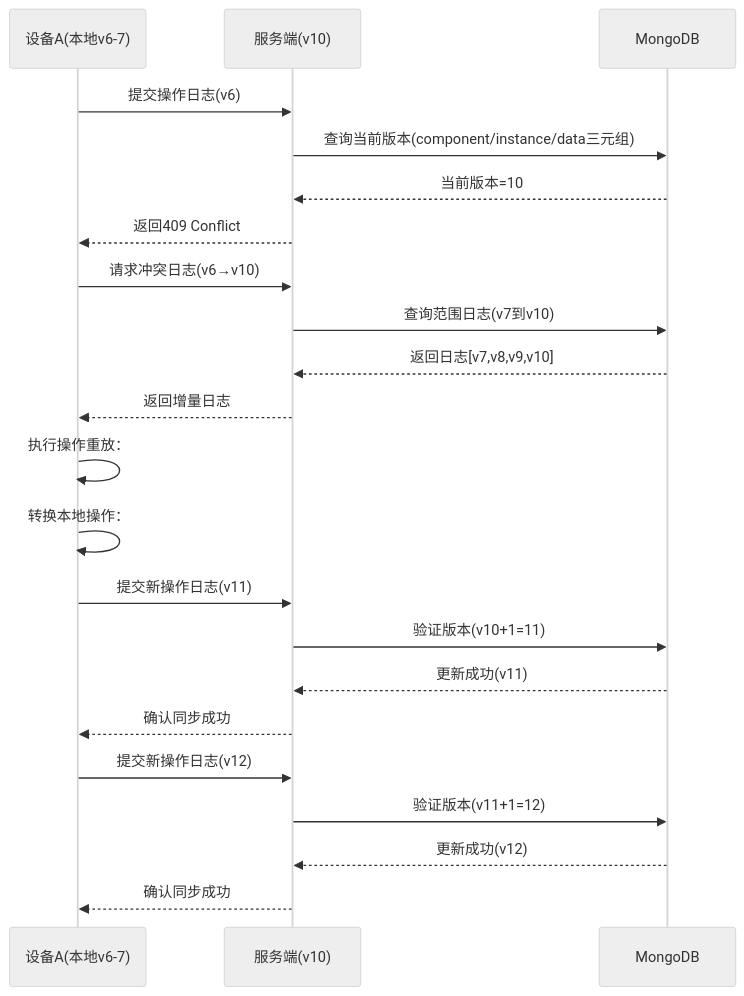
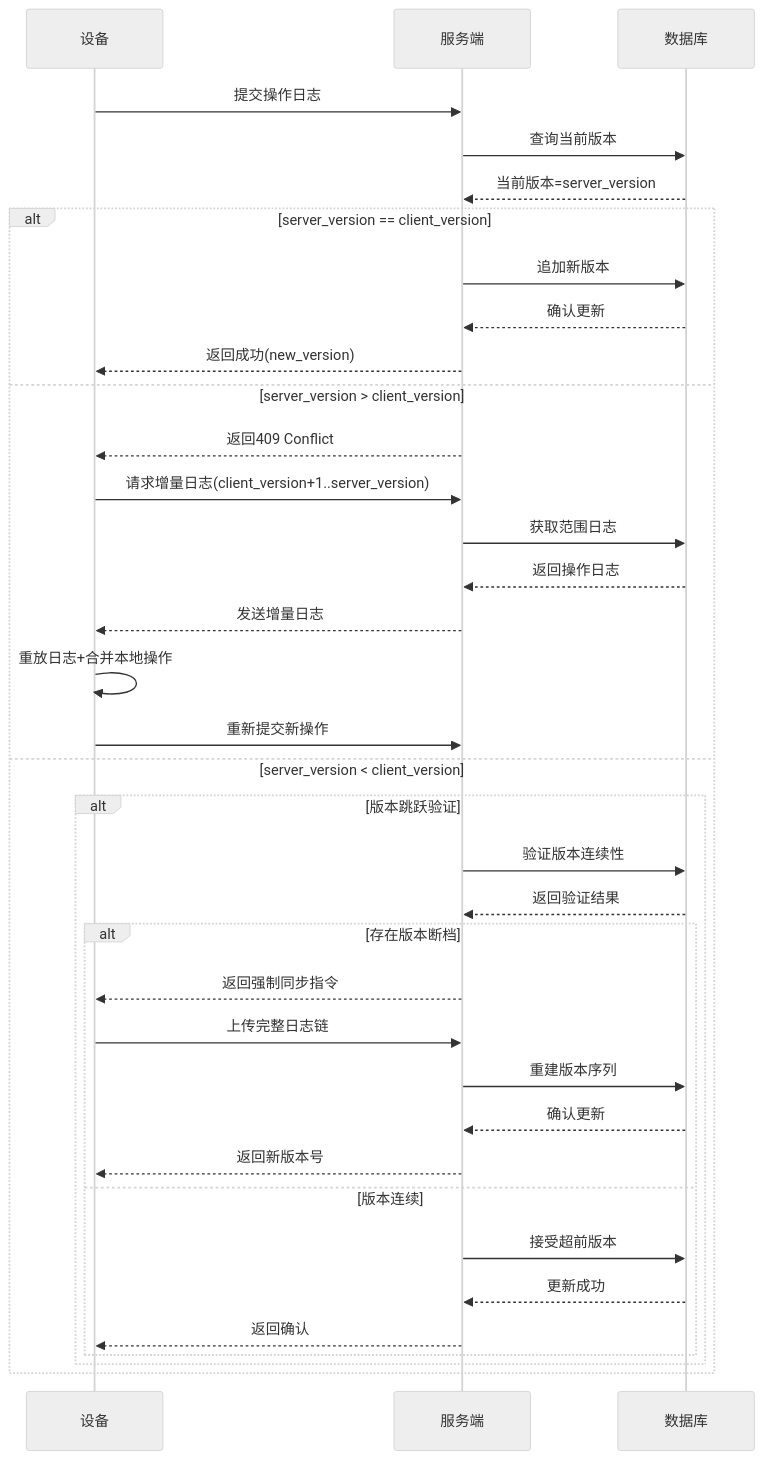
The diagram in all/未命名-26.md (yingjianzh/iodraw-files), drawn with Mermaid (neutral theme) before and after one commit.

Commit message:
2025-02-26 16:04:53 update

````diff
--- a/all/未命名-26.md
+++ b/all/未命名-26.md
@@ -1,36 +1,44 @@
 ```mermaid
 sequenceDiagram
-    participant A as 设备A(本地v6-7)
-    participant S as 服务端(v10)
-    participant DB as MongoDB
+    participant D as 设备
+    participant S as 服务端
+    participant DB as 数据库
 
-    %% 初始同步尝试
-    A->>S: 提交操作日志(v6)
-    S->>DB: 查询当前版本(component/instance/data三元组)
-    DB-->>S: 当前版本=10
-    S-->>A: 返回409 Conflict
+    %% 同步发起
+    D->>S: 提交操作日志
+    S->>DB: 查询当前版本
+    DB-->>S: 当前版本=server_version
 
-    %% 冲突解决阶段
-    A->>S: 请求冲突日志(v6→v10)
-    S->>DB: 查询范围日志(v7到v10)
-    DB-->>S: 返回日志[v7,v8,v9,v10]
-    S-->>A: 返回增量日志
-
-    %% 本地数据重建
-    A->>A: 执行操作重放：
-
-    %% 本地操作转换
-    A->>A: 转换本地操作：
-    
-
-    %% 重新提交
-    A->>S: 提交新操作日志(v11)
-    S->>DB: 验证版本(v10+1=11)
-    DB-->>S: 更新成功(v11)
-    S-->>A: 确认同步成功
-
-    A->>S: 提交新操作日志(v12)
-    S->>DB: 验证版本(v11+1=12)
-    DB-->>S: 更新成功(v12)
-    S-->>A: 确认同步成功
+    alt server_version == client_version
+        %% 场景1：版本一致
+        S->>DB: 追加新版本
+        DB-->>S: 确认更新
+        S-->>D: 返回成功(new_version)
+    else server_version > client_version
+        %% 场景2：服务端版本更新
+        S-->>D: 返回409 Conflict
+        D->>S: 请求增量日志(client_version+1..server_version)
+        S->>DB: 获取范围日志
+        DB-->>S: 返回操作日志
+        S-->>D: 发送增量日志
+        D->>D: 重放日志+合并本地操作
+        D->>S: 重新提交新操作
+    else server_version < client_version
+        %% 场景3：客户端版本超前
+        alt 版本跳跃验证
+            S->>DB: 验证版本连续性
+            DB-->>S: 返回验证结果
+            alt 存在版本断档
+                S-->>D: 返回强制同步指令
+                D->>S: 上传完整日志链
+                S->>DB: 重建版本序列
+                DB-->>S: 确认更新
+                S-->>D: 返回新版本号
+            else 版本连续
+                S->>DB: 接受超前版本
+                DB-->>S: 更新成功
+                S-->>D: 返回确认
+            end
+        end
+    end
 ```
````
